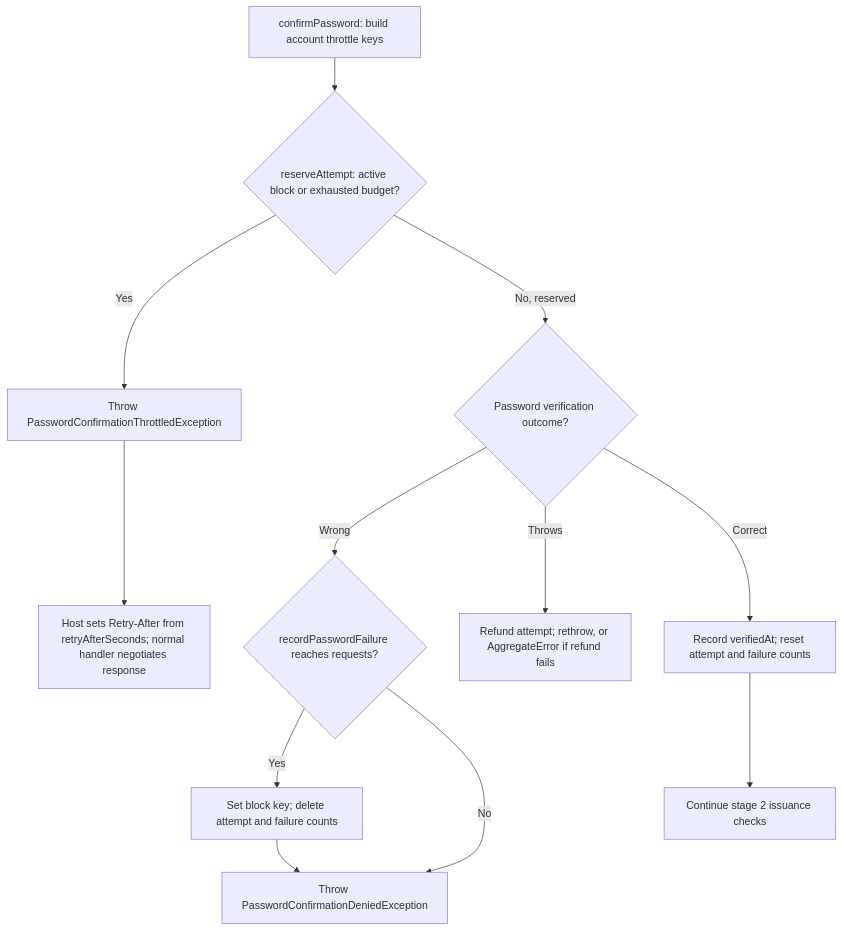
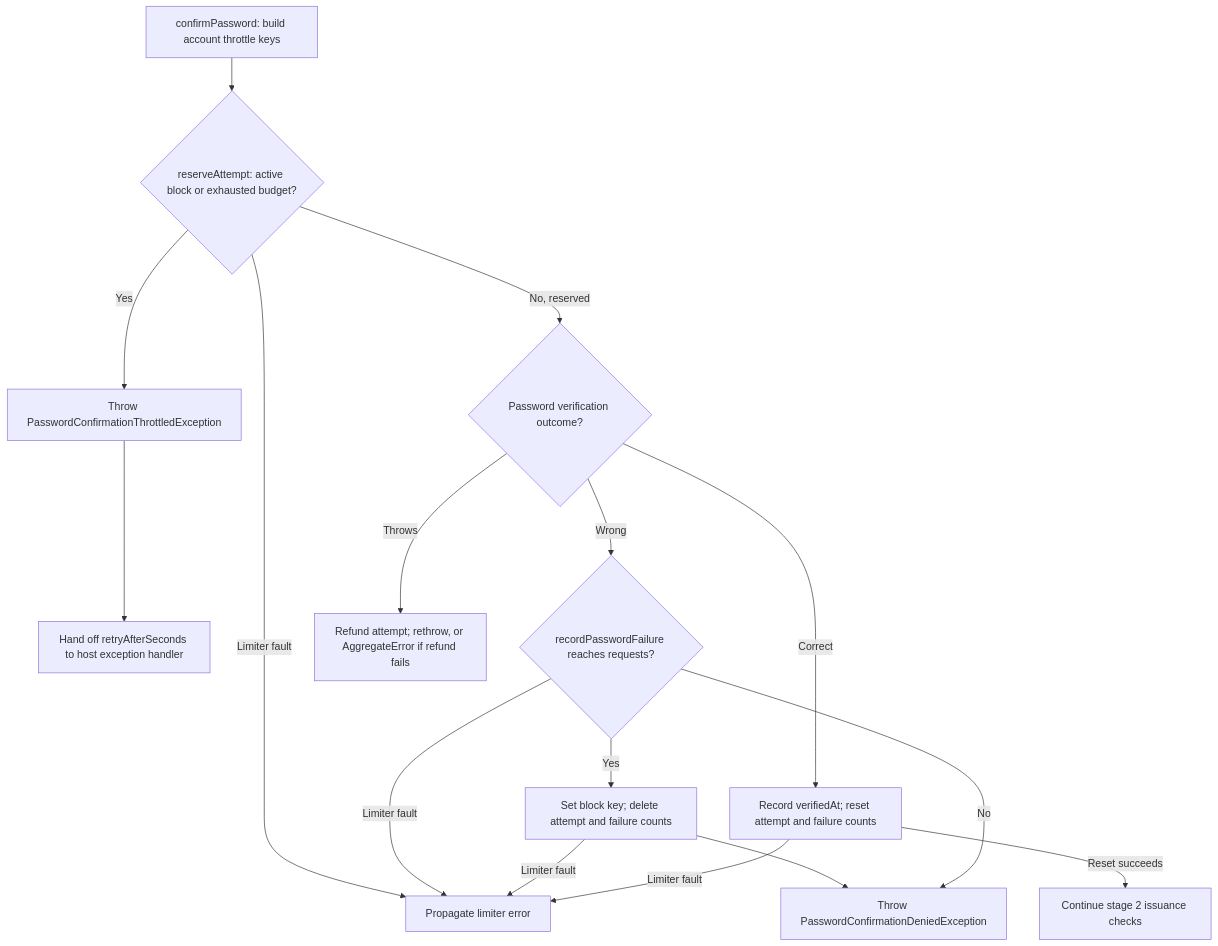
Before and after one commit to Kevinjohn/oss-adonisjs-confirm-action-with-password: the second of 2 diagrams in user-stories/US-CONFIRM-06-recover-from-throttling.md, drawn with Mermaid. The commit also changed other lines of this file and 10 other files, not shown here.

````diff
--- a/user-stories/US-CONFIRM-06-recover-from-throttling.md
+++ b/user-stories/US-CONFIRM-06-recover-from-throttling.md
@@ -35,14 +35,18 @@
 ```mermaid
 flowchart TD
     A["confirmPassword: build account throttle keys"] --> B{"reserveAttempt: active block or exhausted budget?"}
     B -->|Yes| C["Throw PasswordConfirmationThrottledException"]
-    C --> D["Host sets Retry-After from retryAfterSeconds; normal handler negotiates response"]
+    C --> D["Hand off retryAfterSeconds to host exception handler"]
+    B -->|Limiter fault| L["Propagate limiter error"]
     B -->|No, reserved| E{"Password verification outcome?"}
     E -->|Wrong| F{"recordPasswordFailure reaches requests?"}
     F -->|Yes| G["Set block key; delete attempt and failure counts"]
     G --> H["Throw PasswordConfirmationDeniedException"]
     F -->|No| H
     E -->|Throws| I["Refund attempt; rethrow, or AggregateError if refund fails"]
     E -->|Correct| J["Record verifiedAt; reset attempt and failure counts"]
-    J --> K["Continue stage 2 issuance checks"]
+    J -->|Reset succeeds| K["Continue stage 2 issuance checks"]
+    F -->|Limiter fault| L
+    G -->|Limiter fault| L
+    J -->|Limiter fault| L
 ```
````
